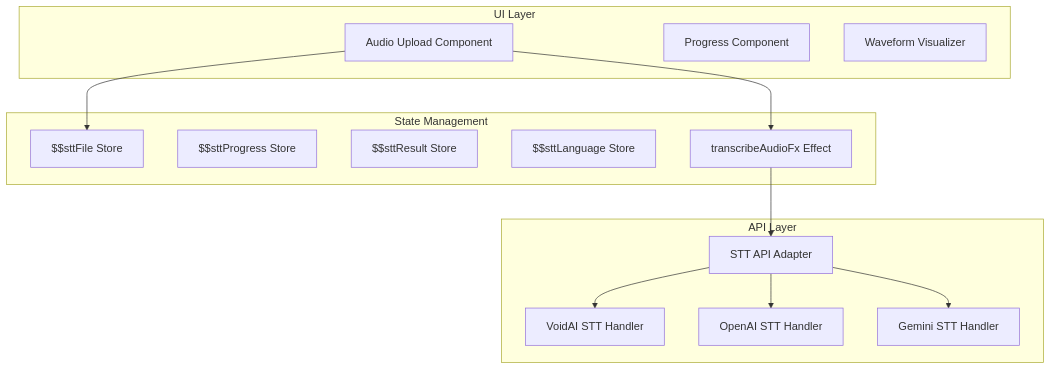
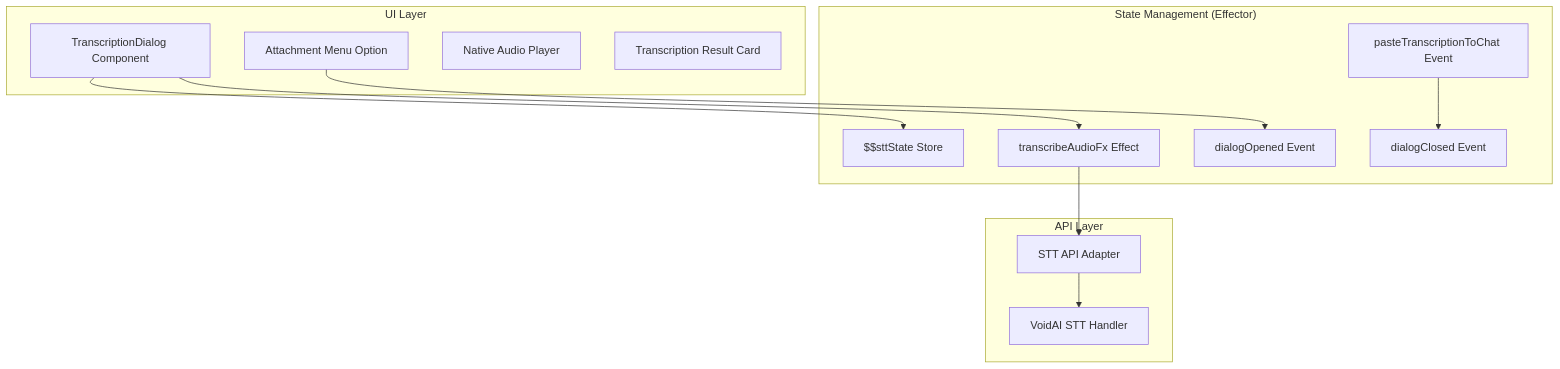
One commit to doasync/doasync.github.io changed the second of 5 diagrams in Audio_Features_Integration_Plan.md. Above: the diagram before and after it, drawn with Mermaid. The commit also changed other lines of this file and 4 other files, not shown here.

````diff
--- a/Audio_Features_Integration_Plan.md
+++ b/Audio_Features_Integration_Plan.md
@@ -175,30 +181,29 @@
 ```mermaid
 graph TB
     subgraph "UI Layer"
-        AudioUpload[Audio Upload Component]
-        TranscriptionProgress[Progress Component]
-        WaveformViz[Waveform Visualizer]
+        TranscriptionDialog[TranscriptionDialog Component]
+        AttachmentMenu[Attachment Menu Option]
+        AudioPlayer[Native Audio Player]
+        ResultCard[Transcription Result Card]
     end
 
-    subgraph "State Management"
-        $sttFile[$$sttFile Store]
-        $sttProgress[$$sttProgress Store]
-        $sttResult[$$sttResult Store]
-        $sttLanguage[$$sttLanguage Store]
+    subgraph "State Management (Effector)"
+        $sttState[$$sttState Store]
         transcribeAudioFx[transcribeAudioFx Effect]
+        dialogOpened[dialogOpened Event]
+        dialogClosed[dialogClosed Event]
+        pasteTranscriptionToChat[pasteTranscriptionToChat Event]
     end
 
     subgraph "API Layer"
         STTAdapter[STT API Adapter]
         VoidAISTT[VoidAI STT Handler]
-        OpenAISTT[OpenAI STT Handler]
-        GeminiSTT[Gemini STT Handler]
     end
 
-    AudioUpload --> $sttFile
-    AudioUpload --> transcribeAudioFx
+    AttachmentMenu --> dialogOpened
+    TranscriptionDialog --> $sttState
+    TranscriptionDialog --> transcribeAudioFx
     transcribeAudioFx --> STTAdapter
     STTAdapter --> VoidAISTT
-    STTAdapter --> OpenAISTT
-    STTAdapter --> GeminiSTT
+    pasteTranscriptionToChat --> dialogClosed
 ```
````
